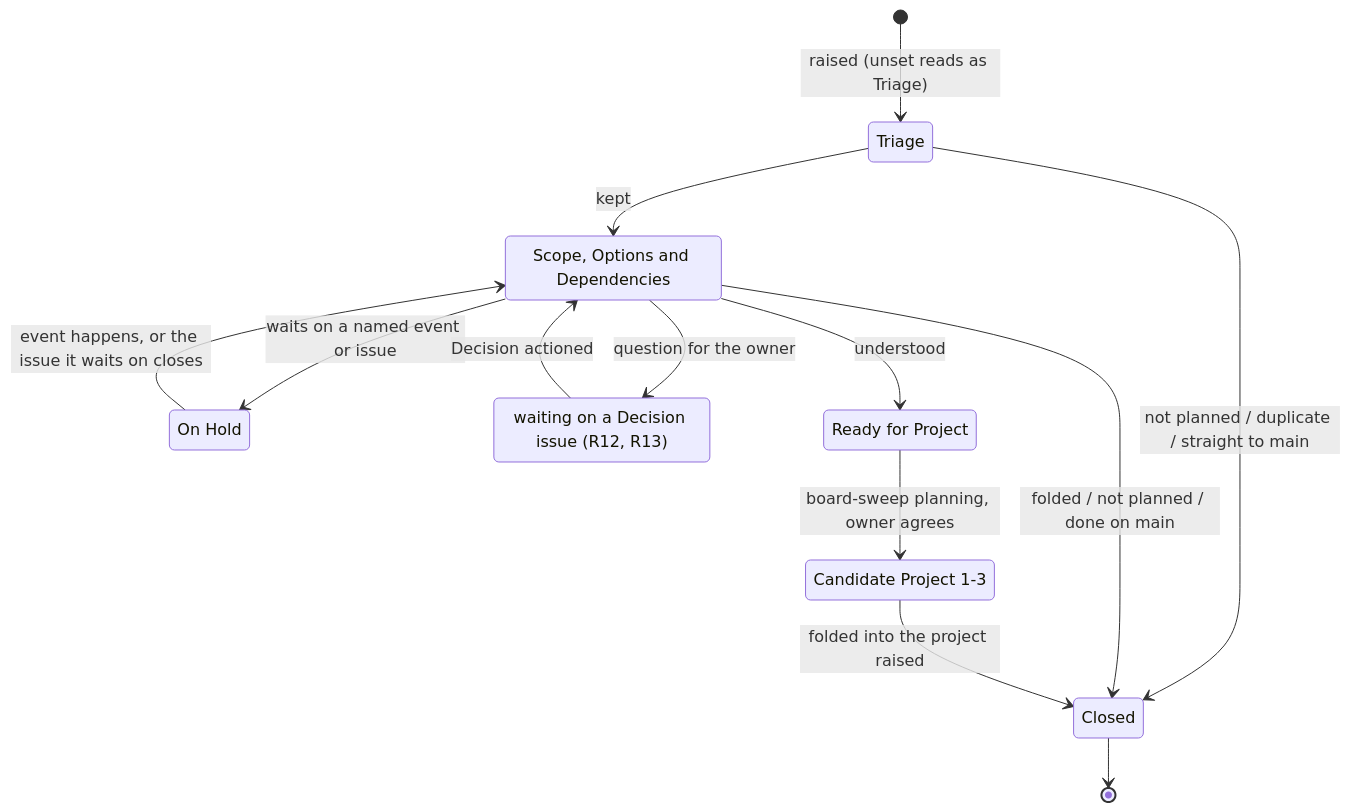
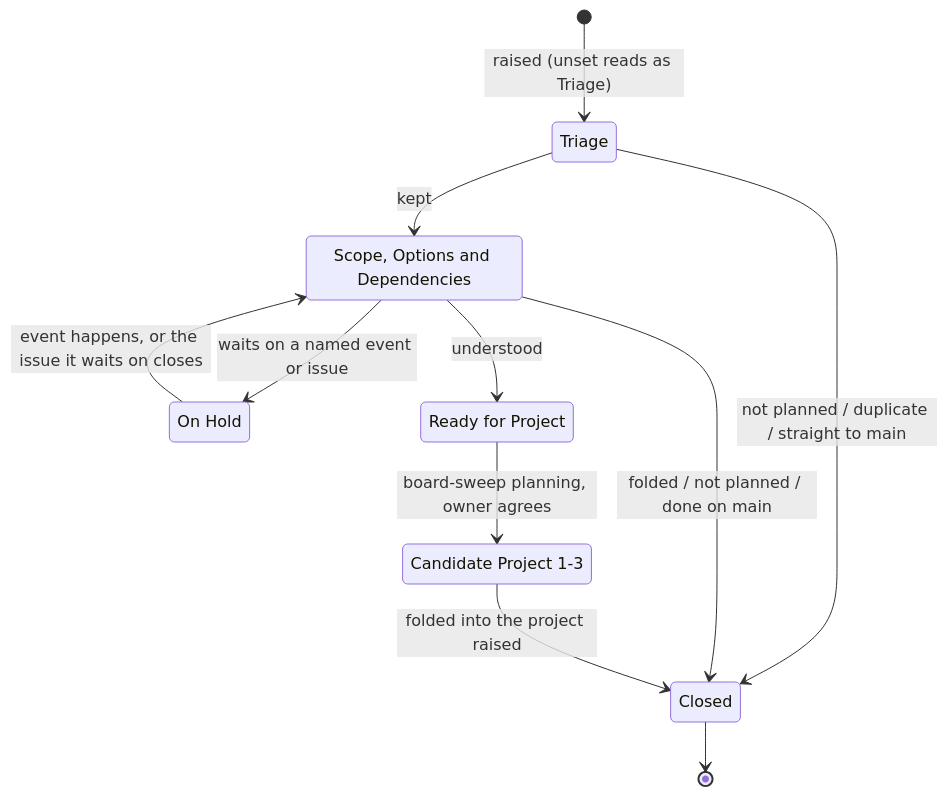
One commit to delphside/programme changed the first of 5 diagrams in records/2.5-changes/process-definition/176-project-board-flow/design.md. Above: the diagram before and after it, drawn with Mermaid. The commit also changed other lines of this file and 3 other files, not shown here.

First line of the commit message:
Board flow: document review round 1 fixes

````diff
--- a/records/2.5-changes/process-definition/176-project-board-flow/design.md
+++ b/records/2.5-changes/process-definition/176-project-board-flow/design.md
@@ -52,21 +47,18 @@
 ```mermaid
 stateDiagram-v2
     [*] --> Triage: raised (unset reads as Triage)
     Triage --> Scope: kept
     Triage --> Closed: not planned / duplicate / straight to main
     Scope --> OnHold: waits on a named event or issue
-    Scope --> WaitingOnDecision: question for the owner
     Scope --> ReadyForProject: understood
     Scope --> Closed: folded / not planned / done on main
-    WaitingOnDecision --> Scope: Decision actioned
     OnHold --> Scope: event happens, or the issue it waits on closes
     ReadyForProject --> Candidate: board-sweep planning, owner agrees
     Candidate --> Closed: folded into the project raised
     Closed --> [*]
 
     state "Scope, Options and Dependencies" as Scope
     state "On Hold" as OnHold
-    state "waiting on a Decision issue (R12, R13)" as WaitingOnDecision
     state "Ready for Project" as ReadyForProject
     state "Candidate Project 1-3" as Candidate
 ```
````
